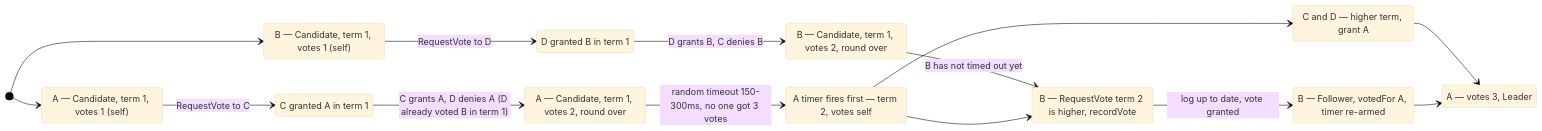
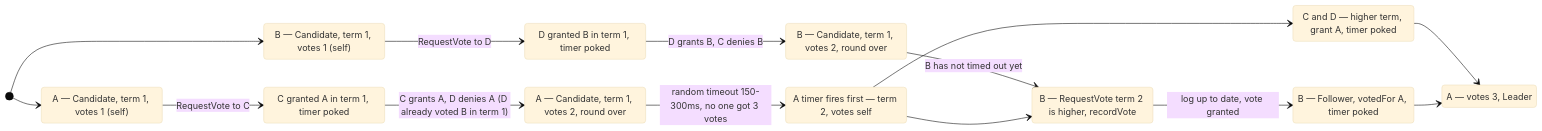
Before and after one commit to Tarun-Elango/hobbyDB: the fourth of 8 diagrams in flow/4. cluster-startup-cases.md, drawn with Mermaid (base theme). The commit also changed other lines of this file and 8 other files, not shown here.

Commit message:
udpating results and state diagrams

````diff
--- a/flow/4. cluster-startup-cases.md
+++ b/flow/4. cluster-startup-cases.md
@@ -118,29 +139,29 @@
 ```mermaid
 stateDiagram-v2
     direction LR
     state "A — Candidate, term 1, votes 1 (self)" as A1
     state "B — Candidate, term 1, votes 1 (self)" as B1
-    state "C granted A in term 1" as C1
-    state "D granted B in term 1" as D1
+    state "C granted A in term 1, timer poked" as C1
+    state "D granted B in term 1, timer poked" as D1
     state "A — Candidate, term 1, votes 2, round over" as A2
     state "B — Candidate, term 1, votes 2, round over" as B2
     state "A timer fires first — term 2, votes self" as A3
     state "B — RequestVote term 2 is higher, recordVote" as B3
-    state "B — Follower, votedFor A, timer re-armed" as B4
-    state "C and D — higher term, grant A" as CD
+    state "B — Follower, votedFor A, timer poked" as B4
+    state "C and D — higher term, grant A, timer poked" as CD
     state "A — votes 3, Leader" as A4
 
     [*] --> A1
     [*] --> B1
     A1 --> C1: RequestVote to C
     B1 --> D1: RequestVote to D
     C1 --> A2: C grants A, D denies A (D already voted B in term 1)
     D1 --> B2: D grants B, C denies B
     A2 --> A3: random timeout 150-300ms, no one got 3 votes
     B2 --> B3: B has not timed out yet
     A3 --> B3
     B3 --> B4: log up to date, vote granted
     A3 --> CD
     CD --> A4
     B4 --> A4
 ```
````
